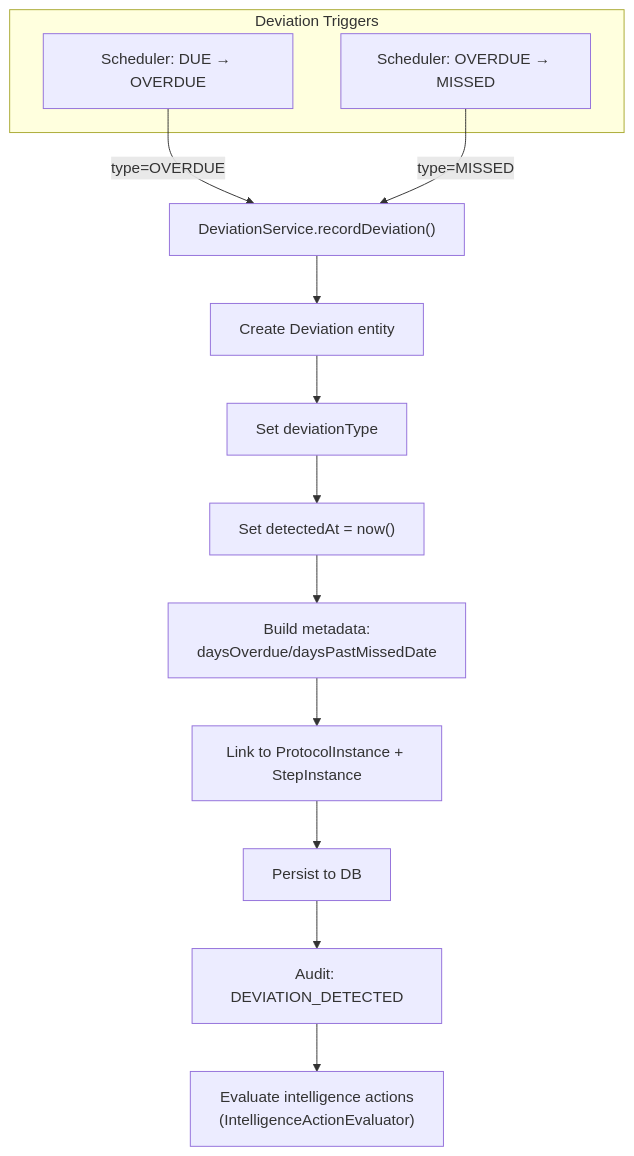
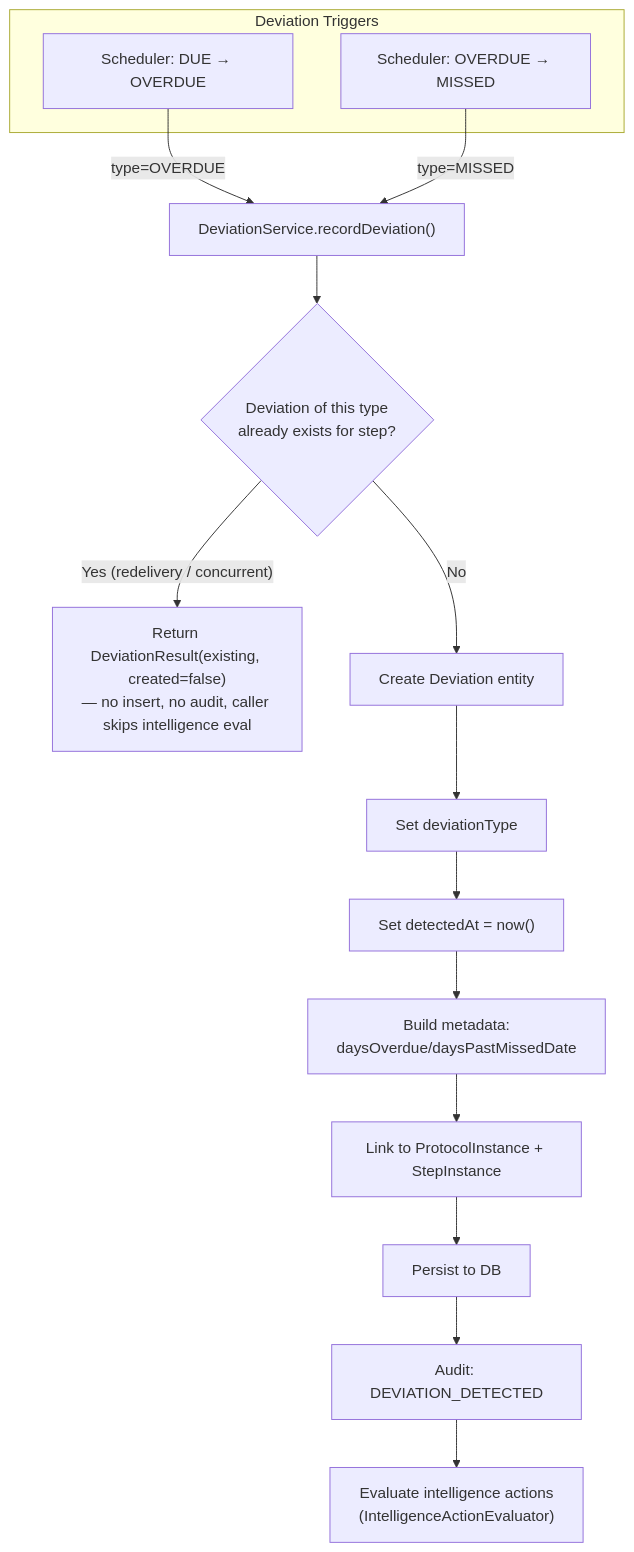
Before and after one commit to Jayaprakash8887/cce-compliance-service: the fifth of 11 diagrams in docs/flow-diagrams.md, drawn with Mermaid. The commit also changed other lines of this file and 7 other files, not shown here.

````diff
--- a/docs/flow-diagrams.md
+++ b/docs/flow-diagrams.md
@@ -268,20 +276,22 @@
 ```mermaid
 flowchart TD
     subgraph "Deviation Triggers"
         T1["Scheduler: DUE → OVERDUE"]
         T2["Scheduler: OVERDUE → MISSED"]
     end
 
     T1 -->|"type=OVERDUE"| RD
     T2 -->|"type=MISSED"| RD
 
     RD["DeviationService.recordDeviation()"]
-    RD --> D1["Create Deviation entity"]
+    RD --> DX{"Deviation of this type<br/>already exists for step?"}
+    DX -->|"Yes (redelivery / concurrent)"| DXR["Return DeviationResult(existing, created=false)<br/>— no insert, no audit, caller skips intelligence eval"]
+    DX -->|"No"| D1["Create Deviation entity"]
     D1 --> D2["Set deviationType"]
     D2 --> D3["Set detectedAt = now()"]
     D3 --> D4["Build metadata:<br/>daysOverdue/daysPastMissedDate"]
     D4 --> D5["Link to ProtocolInstance + StepInstance"]
     D5 --> D6["Persist to DB"]
     D6 --> D7["Audit: DEVIATION_DETECTED"]
     D7 --> D8["Evaluate intelligence actions<br/>(IntelligenceActionEvaluator)"]
 ```
````
